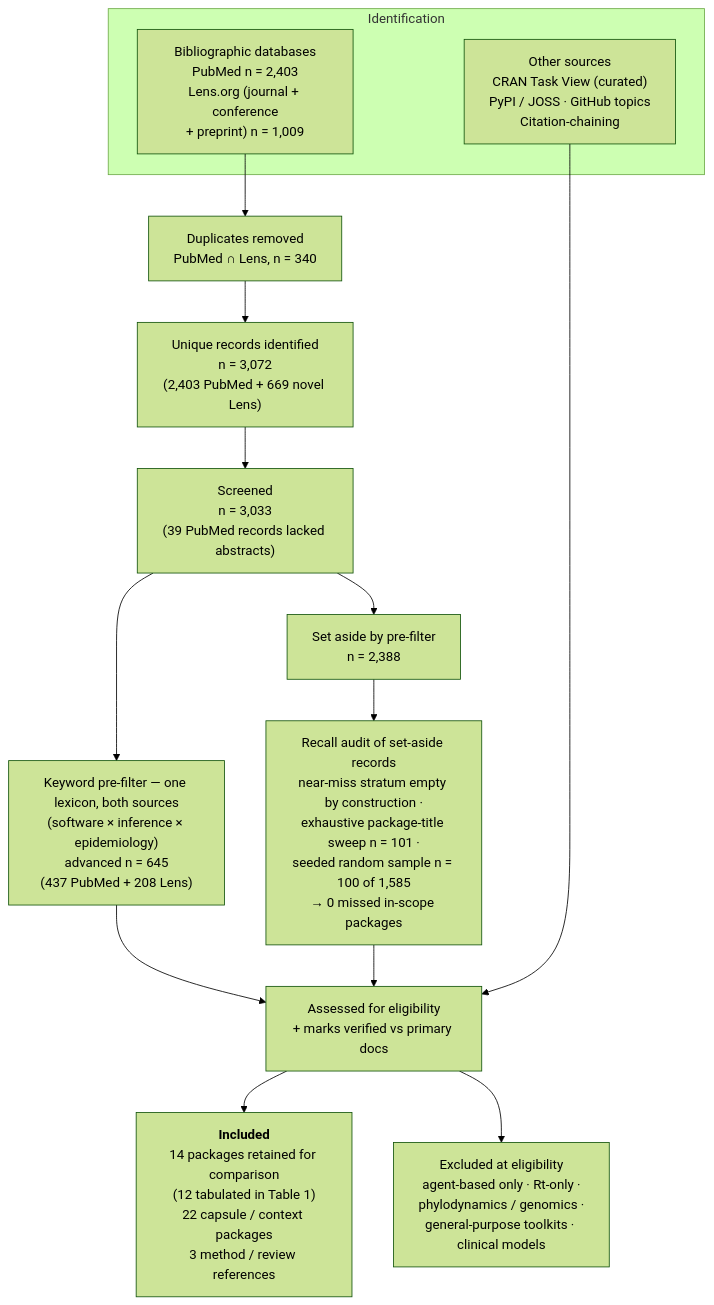
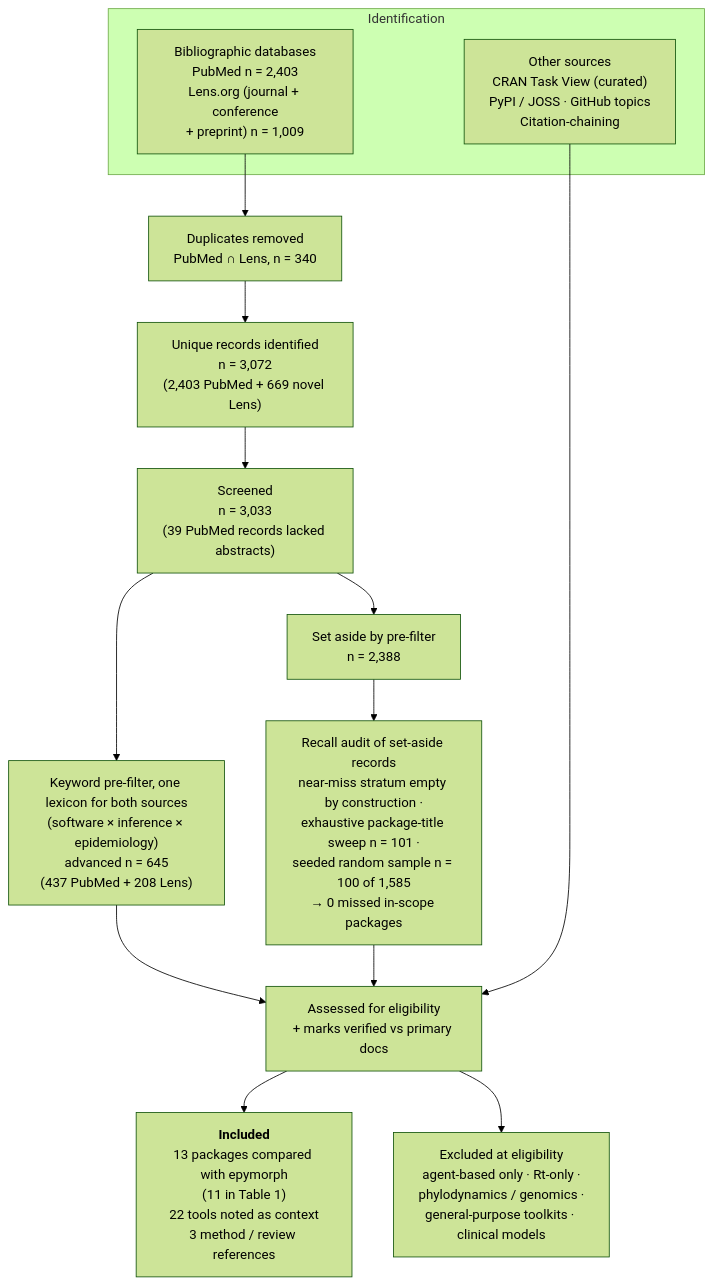
One commit to NAU-CCL/epymorph-manuscript-pkg changed the diagram in results/lit-search/prisma-flow.mermaid. Above: the diagram before and after it, drawn with Mermaid (forest theme). The commit also changed 10 other files, not shown here.

Commit message:
Render the software-search flow as a PNG; retune count checks to the edited S1 and Methods

```diff
--- a/results/lit-search/prisma-flow.mermaid
+++ b/results/lit-search/prisma-flow.mermaid
@@ -1,22 +1,22 @@
 flowchart TB
     subgraph ID["Identification"]
         A1["Bibliographic databases<br/>PubMed n = 2,403<br/>Lens.org (journal + conference<br/>+ preprint) n = 1,009"]
         A2["Other sources<br/>CRAN Task View (curated)<br/>PyPI / JOSS · GitHub topics<br/>Citation-chaining"]
     end
 
     A1 --> D["Duplicates removed<br/>PubMed ∩ Lens, n = 340"]
     D --> U["Unique records identified<br/>n = 3,072<br/>(2,403 PubMed + 669 novel Lens)"]
     U --> S["Screened<br/>n = 3,033<br/>(39 PubMed records lacked abstracts)"]
 
-    S --> PF["Keyword pre-filter — one lexicon, both sources<br/>(software × inference × epidemiology)<br/>advanced n = 645<br/>(437 PubMed + 208 Lens)"]
+    S --> PF["Keyword pre-filter, one lexicon for both sources<br/>(software × inference × epidemiology)<br/>advanced n = 645<br/>(437 PubMed + 208 Lens)"]
     S --> EX["Set aside by pre-filter<br/>n = 2,388"]
 
     EX --> RA["Recall audit of set-aside records<br/>near-miss stratum empty by construction ·<br/>exhaustive package-title sweep n = 101 ·<br/>seeded random sample n = 100 of 1,585<br/>→ 0 missed in-scope packages"]
 
     PF --> AS["Assessed for eligibility<br/>+ marks verified vs primary docs"]
     RA --> AS
     A2 --> AS
 
-    AS --> INC["<b>Included</b><br/>14 packages retained for comparison<br/>(12 tabulated in Table 1)<br/>22 capsule / context packages<br/>3 method / review references"]
+    AS --> INC["<b>Included</b><br/>13 packages compared with epymorph<br/>(11 in Table 1)<br/>22 tools noted as context<br/>3 method / review references"]
 
     AS --> OOS["Excluded at eligibility<br/>agent-based only · Rt-only ·<br/>phylodynamics / genomics ·<br/>general-purpose toolkits · clinical models"]
```
